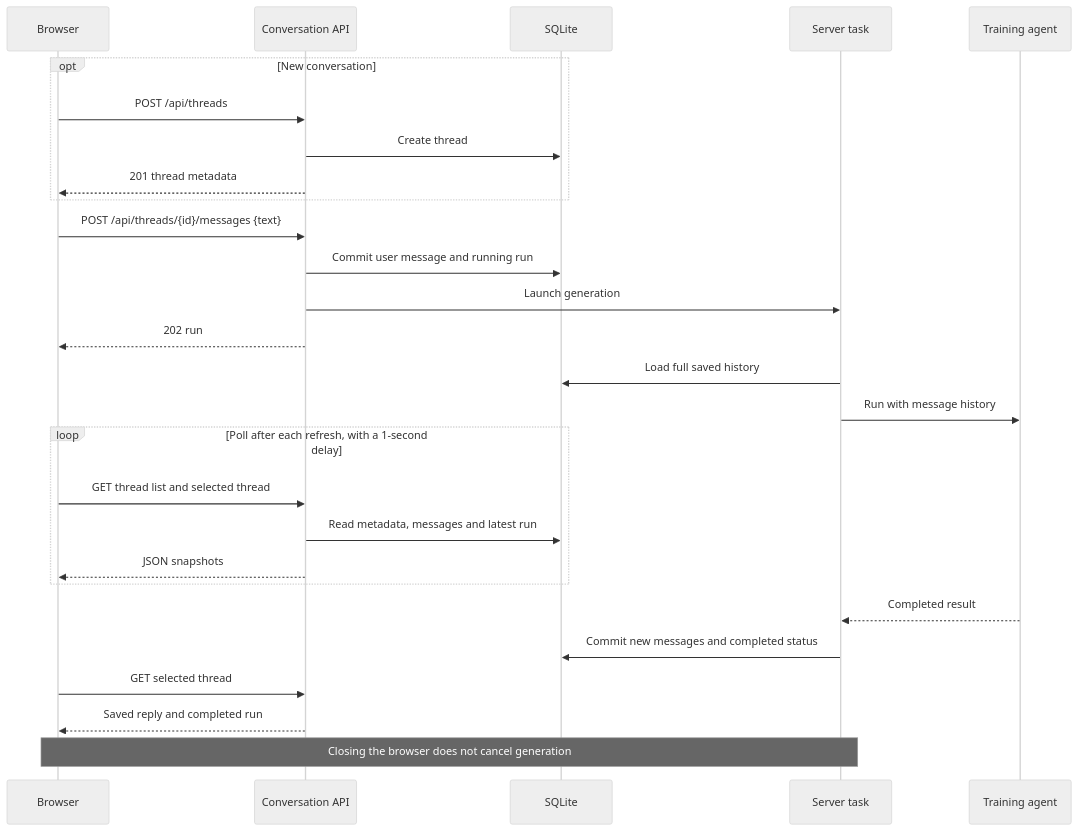
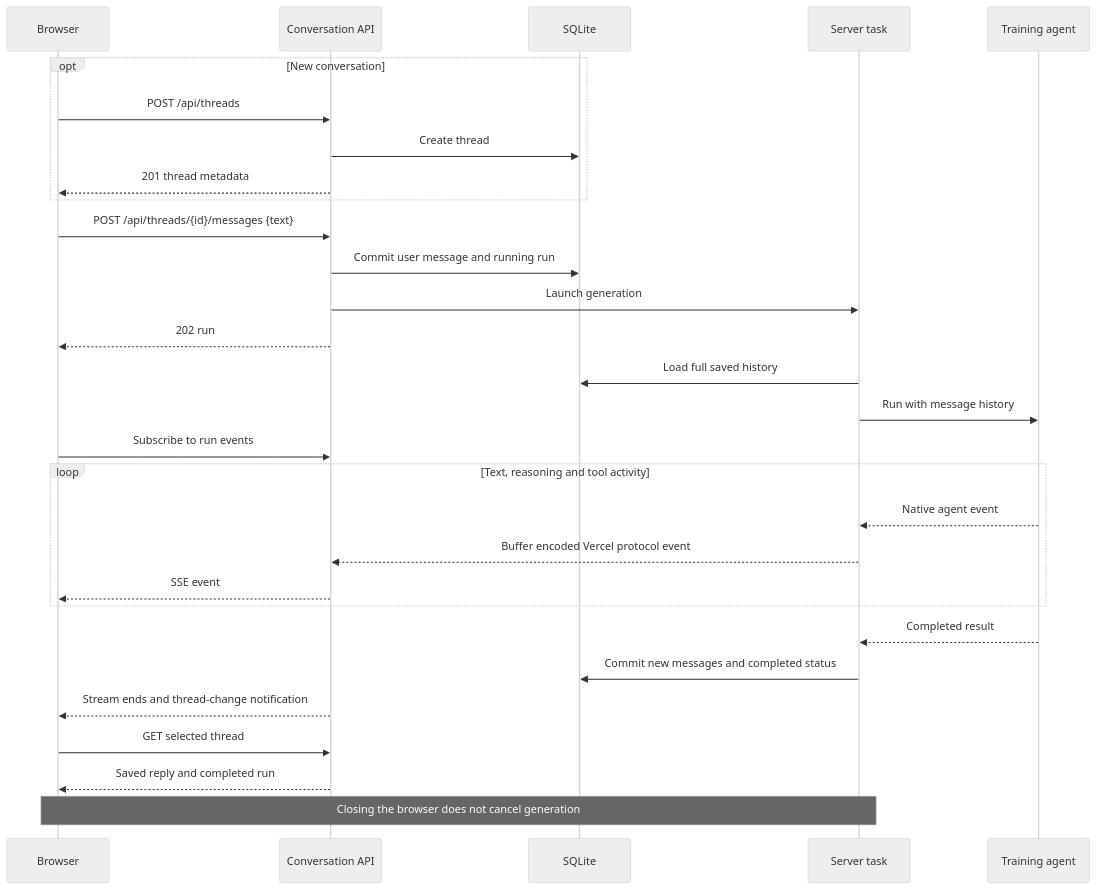
The diagram in docs/frontend-backend.md (atorma/training-ai), drawn with Mermaid (neutral theme) before and after one commit. The commit also changed other lines of this file and 14 other files, not shown here.

````diff
--- a/docs/frontend-backend.md
+++ b/docs/frontend-backend.md
@@ -8,30 +9,32 @@
 ```mermaid
 sequenceDiagram
     participant UI as Browser
     participant API as Conversation API
     participant DB as SQLite
     participant Task as Server task
     participant Agent as Training agent
 
     opt New conversation
         UI->>API: POST /api/threads
         API->>DB: Create thread
         API-->>UI: 201 thread metadata
     end
     UI->>API: POST /api/threads/{id}/messages {text}
     API->>DB: Commit user message and running run
     API->>Task: Launch generation
     API-->>UI: 202 run
     Task->>DB: Load full saved history
     Task->>Agent: Run with message history
-    loop Poll after each refresh, with a 1-second delay
-        UI->>API: GET thread list and selected thread
-        API->>DB: Read metadata, messages and latest run
-        API-->>UI: JSON snapshots
+    UI->>API: Subscribe to run events
+    loop Text, reasoning and tool activity
+        Agent-->>Task: Native agent event
+        Task-->>API: Buffer encoded Vercel protocol event
+        API-->>UI: SSE event
     end
     Agent-->>Task: Completed result
     Task->>DB: Commit new messages and completed status
+    API-->>UI: Stream ends and thread-change notification
     UI->>API: GET selected thread
     API-->>UI: Saved reply and completed run
     Note over UI,Task: Closing the browser does not cancel generation
 ```
````
